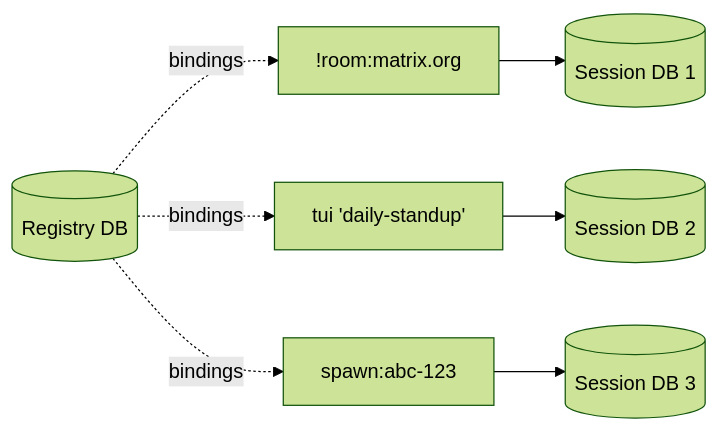
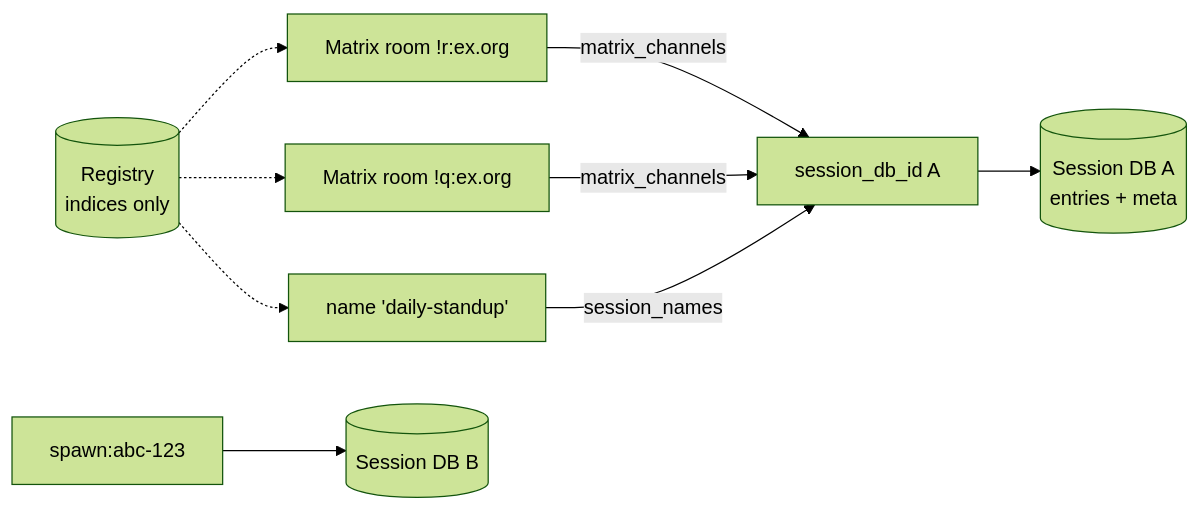
Before and after one commit to arcuru/chaz: the second of 2 diagrams in docs/src/architecture/sessions.md, drawn with Mermaid (forest theme). The commit also changed other lines of this file and 14 other files, not shown here.

````diff
--- a/docs/src/architecture/sessions.md
+++ b/docs/src/architecture/sessions.md
@@ -56,9 +56,11 @@
 ```mermaid
 graph LR
-    TID1["!room:matrix.org"] --> DB1[(Session DB 1)]
-    TID2["tui 'daily-standup'"] --> DB2[(Session DB 2)]
-    TID3["spawn:abc-123"] --> DB3[(Session DB 3)]
-    REG[(Registry DB)] -.->|bindings| TID1
-    REG -.->|bindings| TID2
-    REG -.->|bindings| TID3
+    ROOM["Matrix room !r:ex.org"] -->|matrix_channels| SID1["session_db_id A"]
+    SID1 --> DB1[(Session DB A<br/>entries + meta)]
+    ROOM2["Matrix room !q:ex.org"] -->|matrix_channels| SID1
+    NAME["name 'daily-standup'"] -->|session_names| SID1
+    SID2["spawn:abc-123"] --> DB2[(Session DB B)]
+    REG[(Registry<br/>indices only)] -.-> ROOM
+    REG -.-> ROOM2
+    REG -.-> NAME
 ```
````
